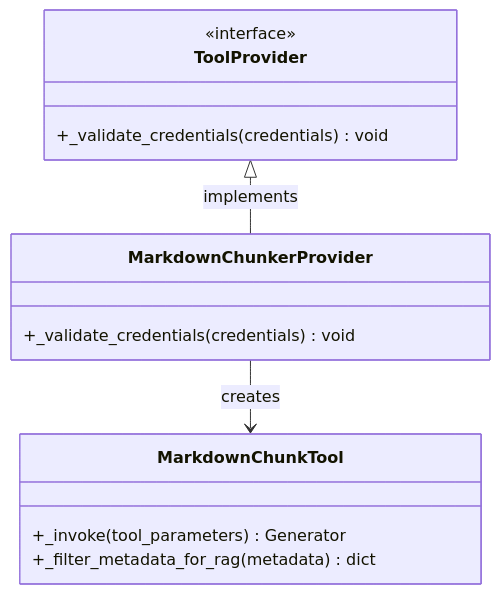
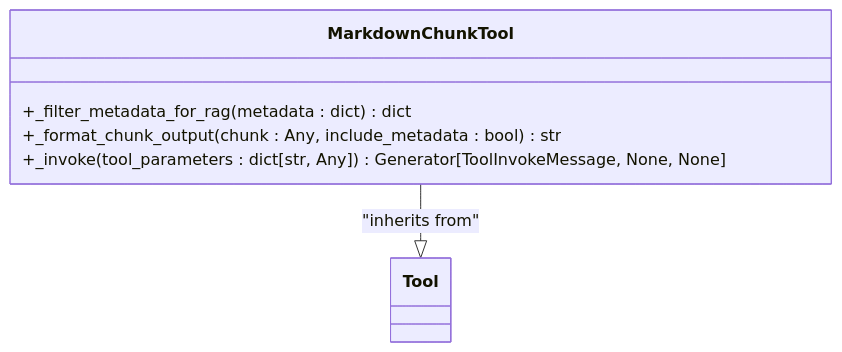
The second of 3 diagrams in .qoder/repowiki/en/content/Integration/Dify Plugin Integration.md (asukhodko/dify-markdown-chunker), drawn with Mermaid before and after one commit. The commit also changed other lines of this file and 205 other files, not shown here.

````diff
--- a/.qoder/repowiki/en/content/Integration/Dify Plugin Integration.md
+++ b/.qoder/repowiki/en/content/Integration/Dify Plugin Integration.md
@@ -93,16 +52,9 @@
 ```mermaid
 classDiagram
-class ToolProvider {
-<<interface>>
-+_validate_credentials(credentials) void
+class MarkdownChunkTool {
++_filter_metadata_for_rag(metadata : dict) dict
++_format_chunk_output(chunk : Any, include_metadata : bool) str
++_invoke(tool_parameters : dict[str, Any]) Generator[ToolInvokeMessage, None, None]
 }
-class MarkdownChunkerProvider {
-+_validate_credentials(credentials) void
-}
-class MarkdownChunkTool {
-+_invoke(tool_parameters) Generator
-+_filter_metadata_for_rag(metadata) dict
-}
-ToolProvider <|-- MarkdownChunkerProvider : implements
-MarkdownChunkerProvider --> MarkdownChunkTool : creates
+MarkdownChunkTool --|> Tool : "inherits from"
 ```
````
